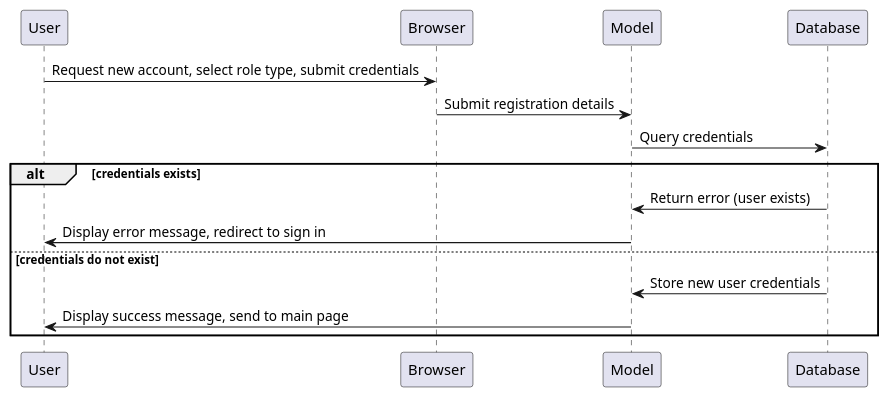
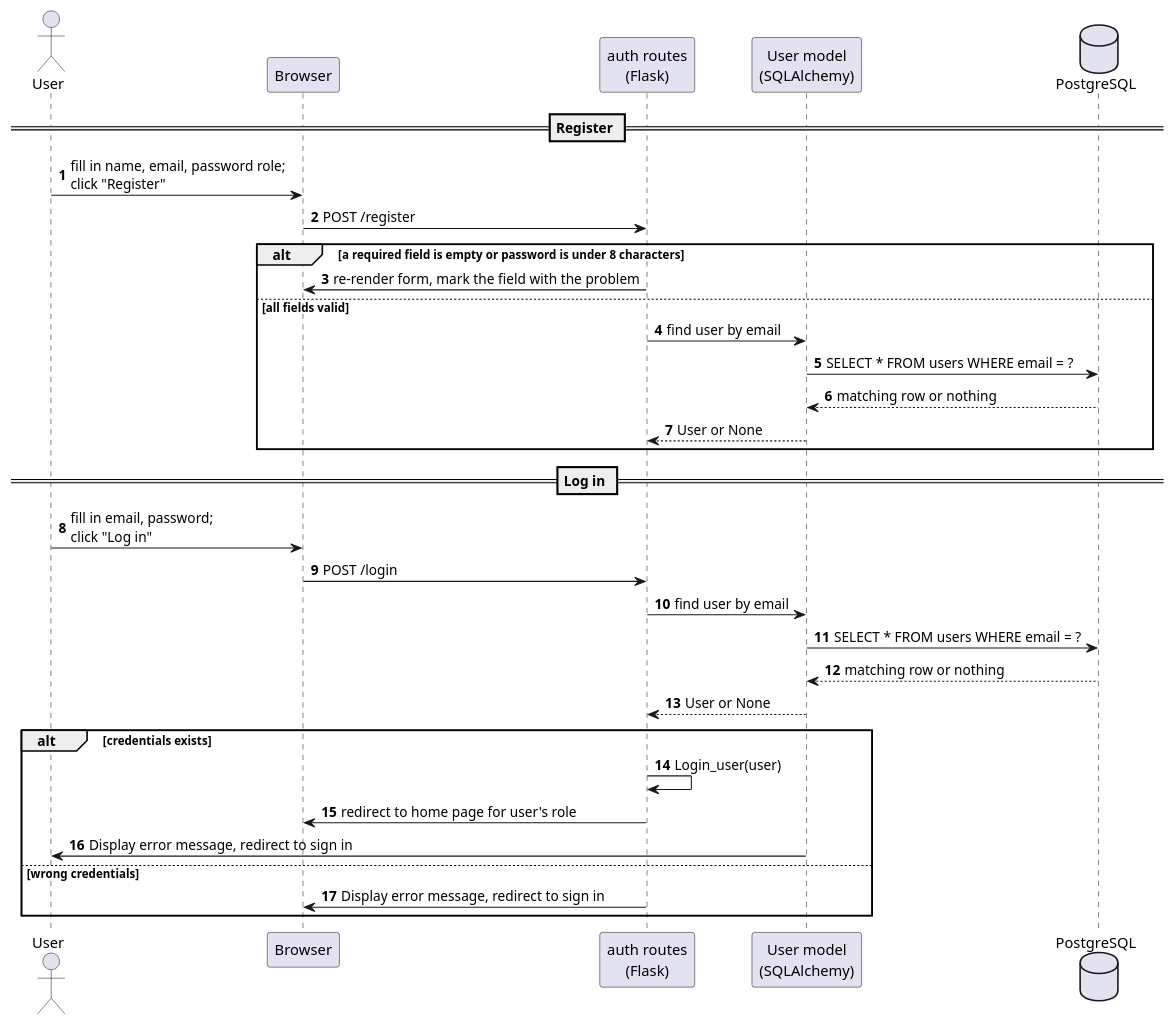
Before and after one commit to Riconashty/campuseats: the diagram in uml/sequence-US1.wsd, drawn with PlantUML. The commit also changed 1 other file, not shown here.

Commit message:
Class Diagram and Sequence diagram

```diff
--- a/uml/sequence-US1.wsd
+++ b/uml/sequence-US1.wsd
@@ -1,22 +1,42 @@
 @startuml US1
 
-participant User
+autonumber
+
+actor User
 participant Browser
-participant Model
-participant Database
+participant "auth routes\n(Flask)" as Route
+participant "User model\n(SQLAlchemy)" as Model
+database PostgreSQL as DB
 
-User -> Browser : Request new account, select role type, submit credentials
-Browser -> Model : Submit registration details
-Model -> Database : Query credentials
+== Register ==
+
+User -> Browser : fill in name, email, password role;\nclick "Register"
+Browser -> Route : POST /register
+
+alt a required field is empty or password is under 8 characters
+    Route -> Browser : re-render form, mark the field with the problem
+else all fields valid
+    Route -> Model : find user by email
+    Model -> DB : SELECT * FROM users WHERE email = ?
+    DB --> Model : matching row or nothing
+    Model --> Route : User or None
+end
+
+== Log in ==
+User -> Browser : fill in email, password;\nclick "Log in"
+Browser -> Route : POST /login
+Route -> Model : find user by email
+Model -> DB : SELECT * FROM users WHERE email = ?
+DB --> Model : matching row or nothing
+Model --> Route : User or None
+
 alt credentials exists
-    Database -> Model : Return error (user exists)
+    Route -> Route : Login_user(user)
+    Route -> Browser : redirect to home page for user's role
     Model -> User : Display error message, redirect to sign in
-else credentials do not exist
-    Database -> Model : Store new user credentials
-    Model -> User : Display success message, send to main page
+else wrong credentials
+    Route -> Browser : Display error message, redirect to sign in
 end
 
 
-
-
 @enduml
```
